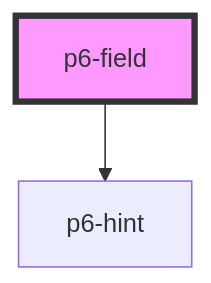
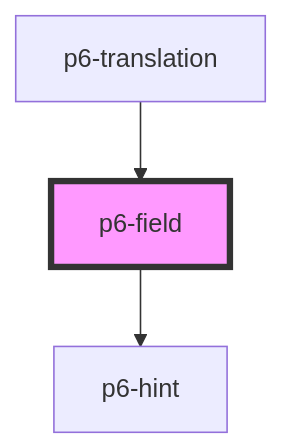
Before and after one commit to amalto/platform6-ui-components: the diagram in src/components/molecules/p6-field/readme.md, drawn with Mermaid. The commit also changed other lines of this file and 43 other files, not shown here.

Commit message:
Translation field & more

````diff
--- a/src/components/molecules/p6-field/readme.md
+++ b/src/components/molecules/p6-field/readme.md
@@ -13,5 +17,6 @@
 ```mermaid
 graph TD;
   p6-field --> p6-hint
+  p6-translation --> p6-field
   style p6-field fill:#f9f,stroke:#333,stroke-width:4px
 ```
````
